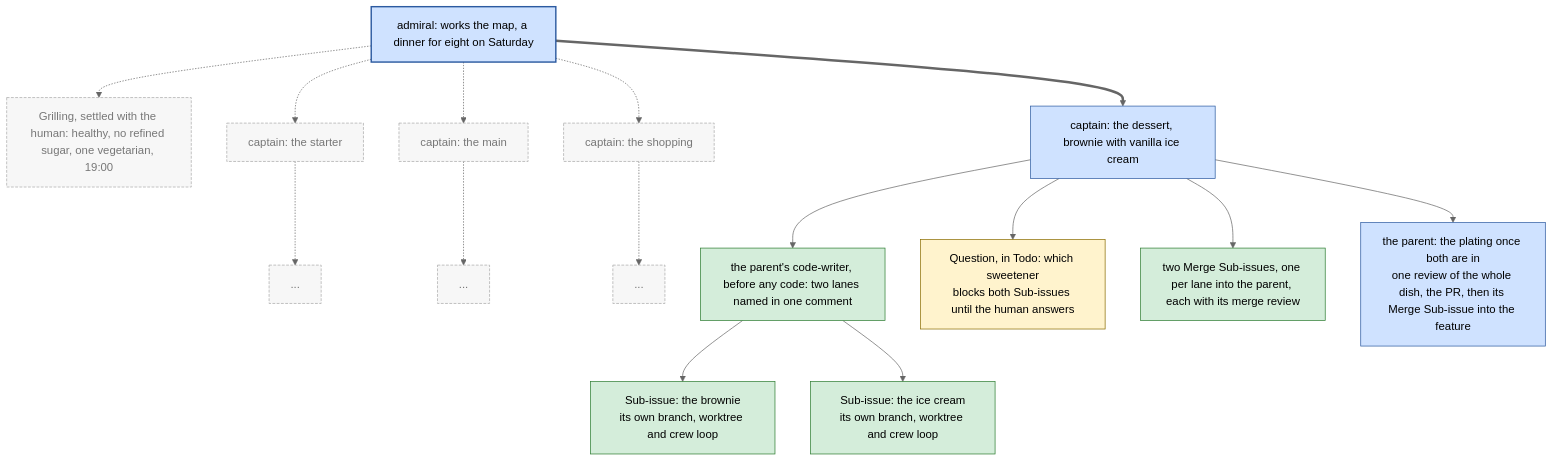
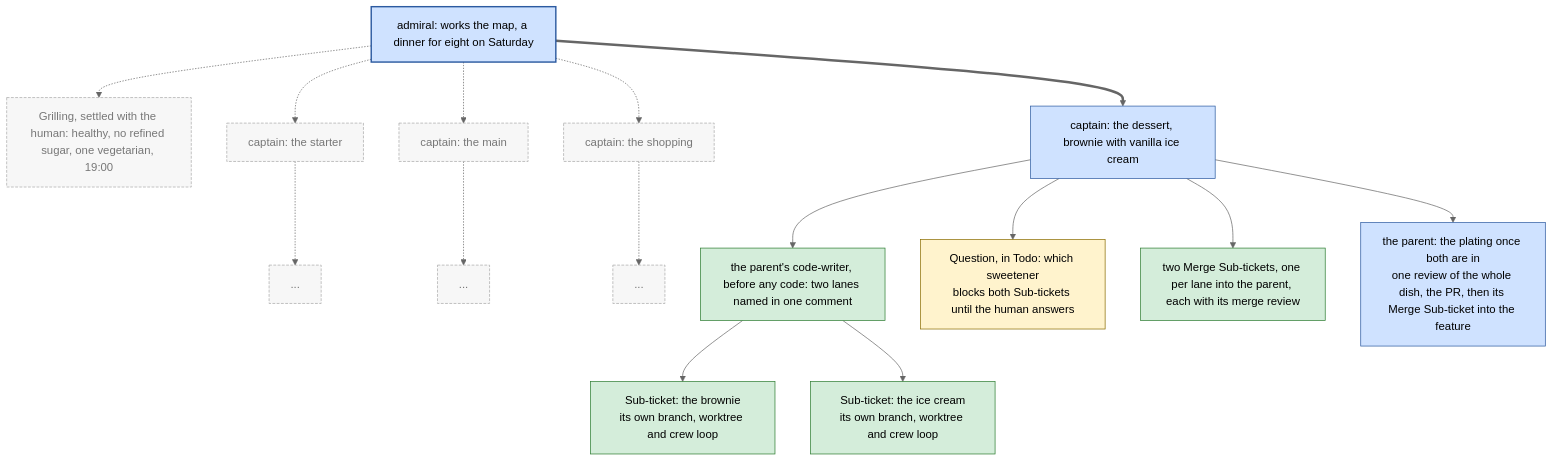
One commit to bodnarbalazs/dydo changed the third of 12 diagrams in dydo/understand/control-flow.md. Above: the diagram before and after it, drawn with Mermaid (neutral theme). The commit also changed other lines of this file and 4 other files, not shown here.

````diff
--- a/dydo/understand/control-flow.md
+++ b/dydo/understand/control-flow.md
@@ -184,24 +184,24 @@
 ```mermaid
 flowchart TD
   classDef admiral fill:#cfe2ff,stroke:#2c5aa0,stroke-width:2px,color:#000
   classDef captain fill:#cfe2ff,stroke:#2c5aa0,color:#000
   classDef lane fill:#d4edda,stroke:#2e7d32,color:#000
   classDef way fill:#fff3cd,stroke:#8a6d00,color:#000
   classDef ghost fill:#f7f7f7,stroke:#aaa,color:#777,stroke-dasharray:4 2
 
   AD[admiral: works the map, a dinner for eight on Saturday]:::admiral
   AD -.-> G[Grilling, settled with the human: healthy, no refined sugar, one vegetarian, 19:00]:::ghost
   AD -.-> C1[captain: the starter]:::ghost
   AD -.-> C2[captain: the main]:::ghost
   AD ==> C3[captain: the dessert, brownie with vanilla ice cream]:::captain
   AD -.-> C4[captain: the shopping]:::ghost
   C1 -.-> P1[...]:::ghost
   C2 -.-> P2[...]:::ghost
   C4 -.-> P4[...]:::ghost
   C3 --> S[the parent's code-writer, before any code: two lanes named in one comment]:::lane
-  S --> L1[Sub-issue: the brownie<br>its own branch, worktree and crew loop]:::lane
-  S --> L2[Sub-issue: the ice cream<br>its own branch, worktree and crew loop]:::lane
-  C3 --> Q[Question, in Todo: which sweetener<br>blocks both Sub-issues until the human answers]:::way
-  C3 --> M[two Merge Sub-issues, one per lane into the parent, each with its merge review]:::lane
-  C3 --> W[the parent: the plating once both are in<br>one review of the whole dish, the PR, then its Merge Sub-issue into the feature]:::captain
+  S --> L1[Sub-ticket: the brownie<br>its own branch, worktree and crew loop]:::lane
+  S --> L2[Sub-ticket: the ice cream<br>its own branch, worktree and crew loop]:::lane
+  C3 --> Q[Question, in Todo: which sweetener<br>blocks both Sub-tickets until the human answers]:::way
+  C3 --> M[two Merge Sub-tickets, one per lane into the parent, each with its merge review]:::lane
+  C3 --> W[the parent: the plating once both are in<br>one review of the whole dish, the PR, then its Merge Sub-ticket into the feature]:::captain
 ```
````
